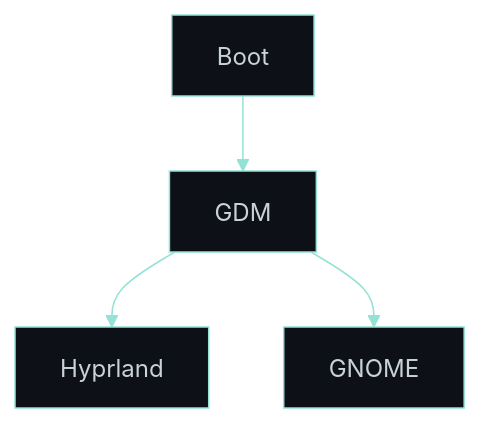
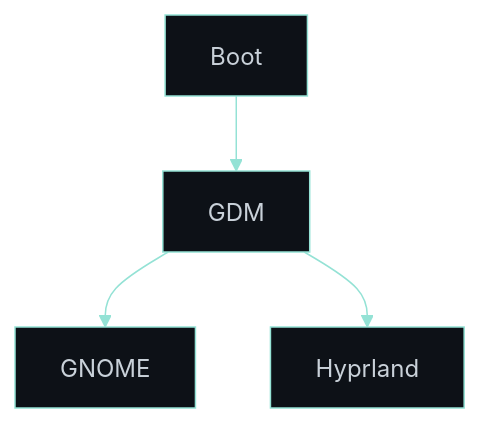
Before and after one commit to RomeoCavazza/nixos-config: the diagram in README.md, drawn with Mermaid. The commit also changed other lines of this file, not shown here.

````diff
--- a/README.md
+++ b/README.md
@@ -73,12 +73,12 @@
 ```mermaid
 %%{init: {'theme': 'base', 'themeVariables': { 'primaryColor': '#161b22', 'secondaryColor': '#0d1117', 'tertiaryColor': '#0d1117', 'primaryBorderColor': '#94e2d5', 'lineColor': '#94e2d5', 'primaryTextColor': '#c9d1d9', 'mainBkg': '#0d1117', 'clusterBkg': '#161b22', 'clusterBorder': '#30363d' }}}%%
 flowchart TB
   Boot["Boot"]
   GDM["GDM"]
+  G["GNOME"]
   H["Hyprland"]
-  G["GNOME"]
 
   Boot --> GDM
+  GDM --> G
   GDM --> H
-  GDM --> G
 ```
````
